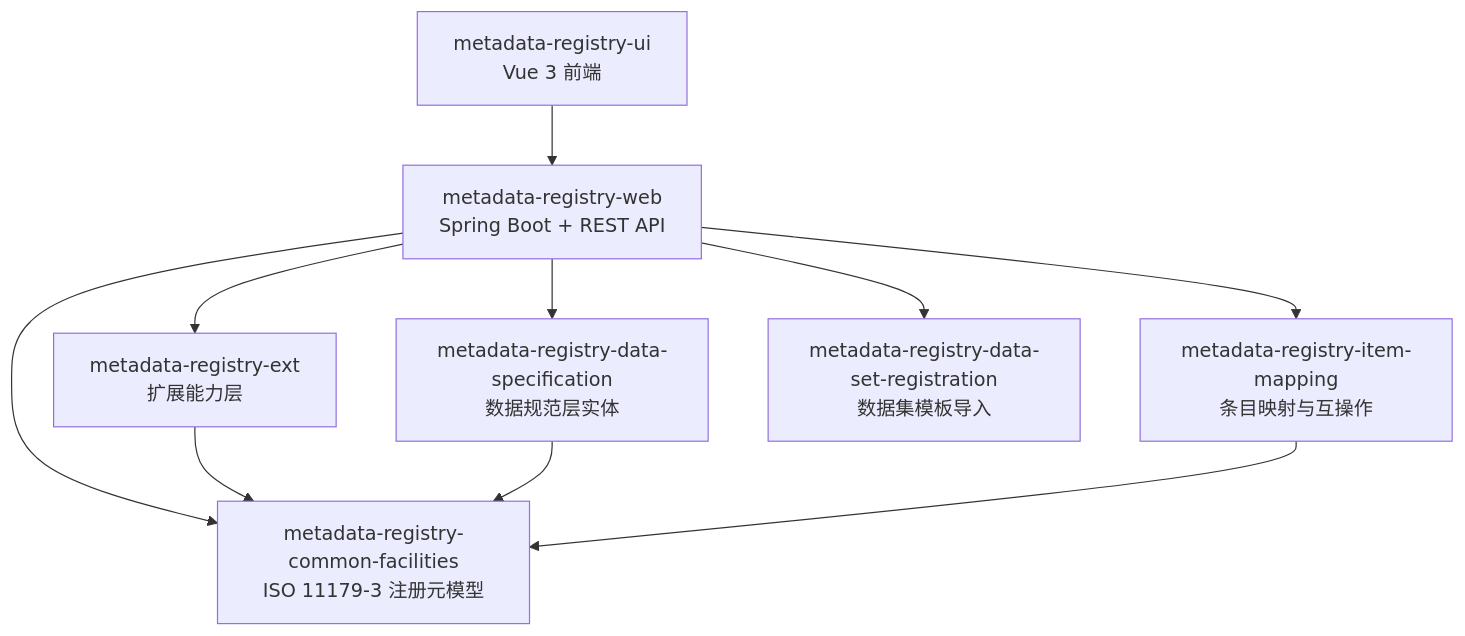
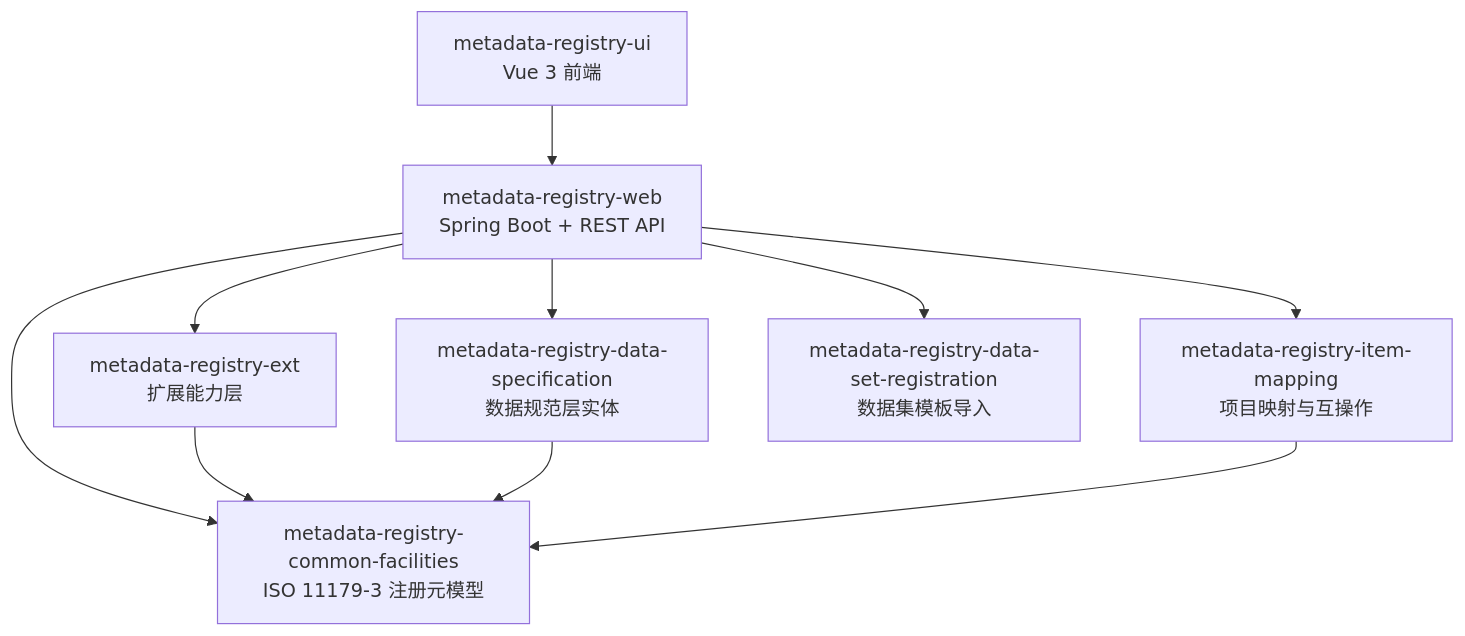
One commit to matrixlane/MetadataRegistry4J changed the diagram in docs/architecture/ARCHITECTURE.md. Above: the diagram before and after it, drawn with Mermaid. The commit also changed other lines of this file and 721 other files, not shown here.

````diff
--- a/docs/architecture/ARCHITECTURE.md
+++ b/docs/architecture/ARCHITECTURE.md
@@ -13,12 +13,12 @@
 ```mermaid
 flowchart TD
     UI[metadata-registry-ui<br/>Vue 3 前端] --> WEB[metadata-registry-web<br/>Spring Boot + REST API]
     WEB --> CF[metadata-registry-common-facilities<br/>ISO 11179-3 注册元模型]
     WEB --> DS[metadata-registry-data-specification<br/>数据规范层实体]
-    WEB --> IM[metadata-registry-item-mapping<br/>条目映射与互操作]
+    WEB --> IM[metadata-registry-item-mapping<br/>项目映射与互操作]
     WEB --> EXT[metadata-registry-ext<br/>扩展能力层]
     WEB --> DSR[metadata-registry-data-set-registration<br/>数据集模板导入]
     EXT --> CF
     DS --> CF
     IM --> CF
 ```
````
